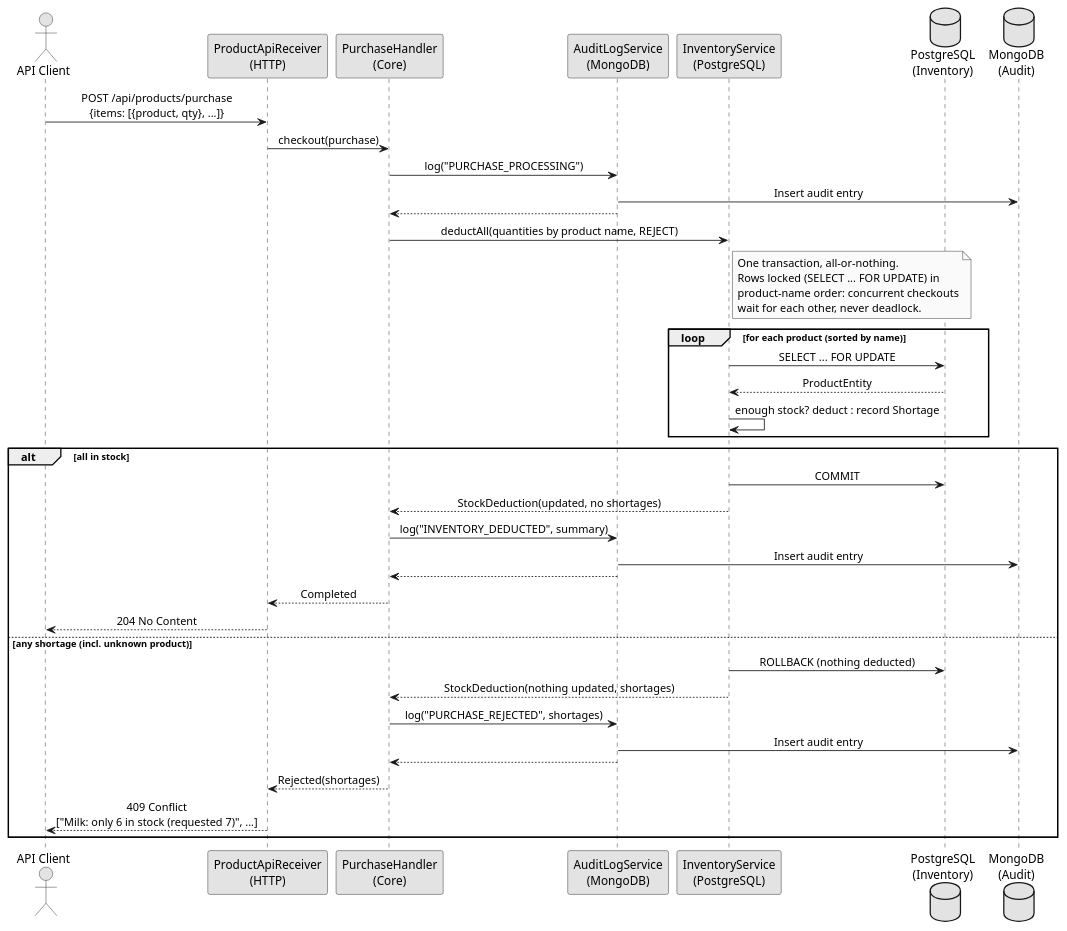
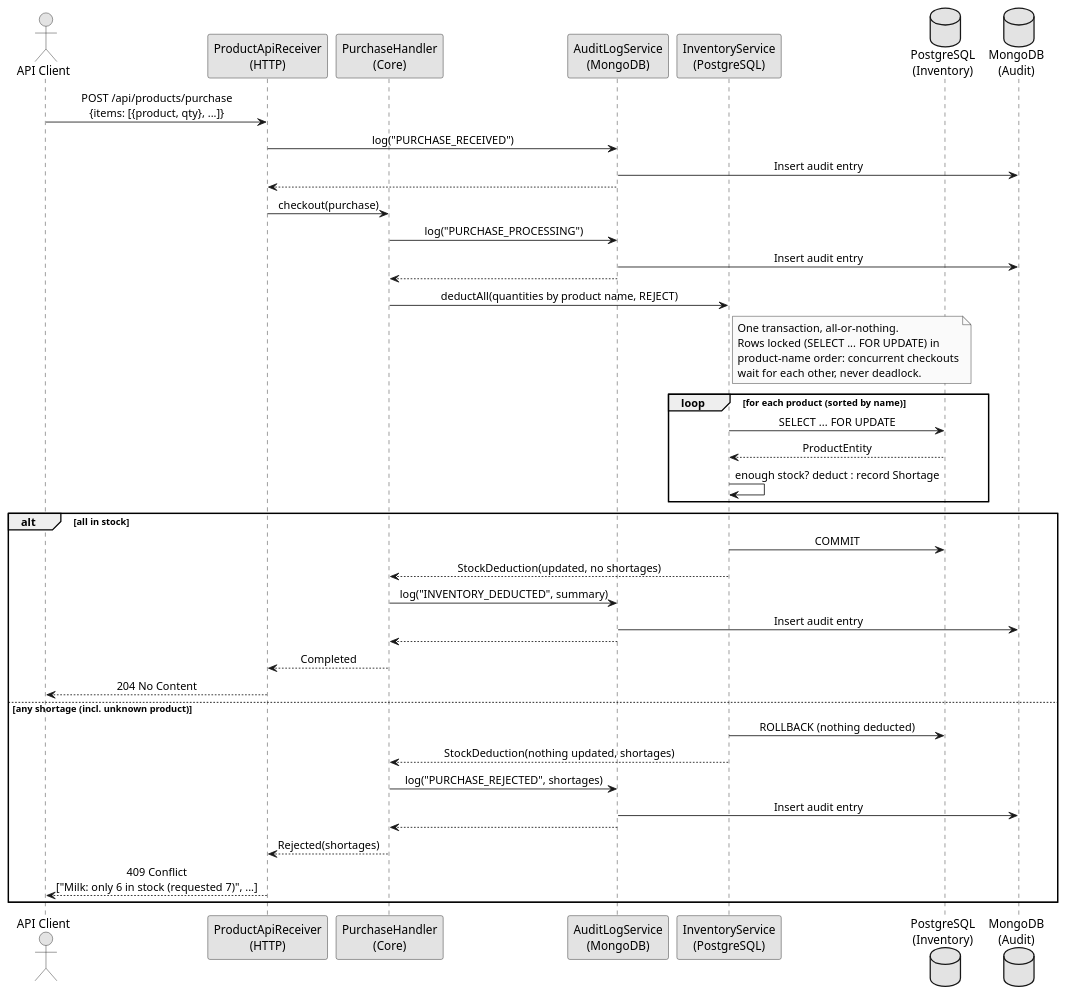
Before and after one commit to svene/2026-07-26_quarkus-hexagon-demo-mm-per-tech: the diagram in docs/architecture/flows/api-purchase.puml, drawn with PlantUML. The commit also changed 36 other files, not shown here.

```diff
--- a/docs/architecture/flows/api-purchase.puml
+++ b/docs/architecture/flows/api-purchase.puml
@@ -1,50 +1,53 @@
 @startuml api_purchase
 skinparam monochrome true
 skinparam sequenceMessageAlign center
 skinparam backgroundColor #ffffff
 
 actor "API Client" as user
 participant "ProductApiReceiver\n(HTTP)" as receiver
 participant "PurchaseHandler\n(Core)" as handler
 participant "AuditLogService\n(MongoDB)" as audit
 participant "InventoryService\n(PostgreSQL)" as inventory
 database "PostgreSQL\n(Inventory)" as db_inv
 database "MongoDB\n(Audit)" as db_audit
 
 user -> receiver: POST /api/products/purchase\n{items: [{product, qty}, ...]}
+receiver -> audit: log("PURCHASE_RECEIVED")
+audit -> db_audit: Insert audit entry
+audit --> receiver
 receiver -> handler: checkout(purchase)
 handler -> audit: log("PURCHASE_PROCESSING")
 audit -> db_audit: Insert audit entry
 audit --> handler
 
 handler -> inventory: deductAll(quantities by product name, REJECT)
 note right of inventory
   One transaction, all-or-nothing.
   Rows locked (SELECT ... FOR UPDATE) in
   product-name order: concurrent checkouts
   wait for each other, never deadlock.
 end note
 loop for each product (sorted by name)
   inventory -> db_inv: SELECT ... FOR UPDATE
   db_inv --> inventory: ProductEntity
   inventory -> inventory: enough stock? deduct : record Shortage
 end
 alt all in stock
   inventory -> db_inv: COMMIT
   inventory --> handler: StockDeduction(updated, no shortages)
   handler -> audit: log("INVENTORY_DEDUCTED", summary)
   audit -> db_audit: Insert audit entry
   audit --> handler
   handler --> receiver: Completed
   receiver --> user: 204 No Content
 else any shortage (incl. unknown product)
   inventory -> db_inv: ROLLBACK (nothing deducted)
   inventory --> handler: StockDeduction(nothing updated, shortages)
   handler -> audit: log("PURCHASE_REJECTED", shortages)
   audit -> db_audit: Insert audit entry
   audit --> handler
   handler --> receiver: Rejected(shortages)
   receiver --> user: 409 Conflict\n["Milk: only 6 in stock (requested 7)", ...]
 end
 
 @enduml
```
